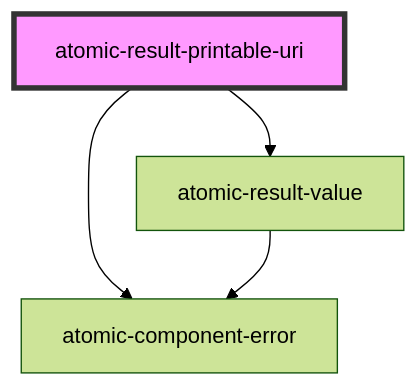
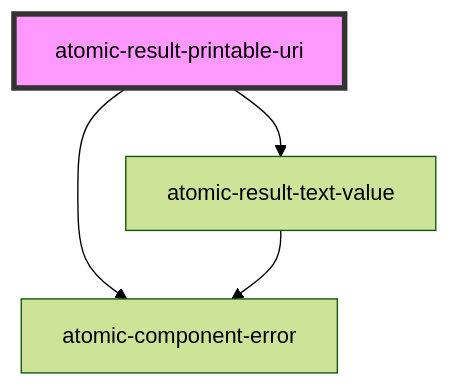
Before and after one commit to coveo/ui-kit: the diagram in packages/atomic/src/components/result-template-components/atomic-result-printable-uri/readme.md, drawn with Mermaid (forest theme). The commit also changed other lines of this file and 19 other files, not shown here.

````diff
--- a/packages/atomic/src/components/result-template-components/atomic-result-printable-uri/readme.md
+++ b/packages/atomic/src/components/result-template-components/atomic-result-printable-uri/readme.md
@@ -34,7 +34,7 @@
 ```mermaid
 graph TD;
-  atomic-result-printable-uri --> atomic-result-value
+  atomic-result-printable-uri --> atomic-result-text-value
   atomic-result-printable-uri --> atomic-component-error
-  atomic-result-value --> atomic-component-error
+  atomic-result-text-value --> atomic-component-error
   style atomic-result-printable-uri fill:#f9f,stroke:#333,stroke-width:4px
 ```
````
